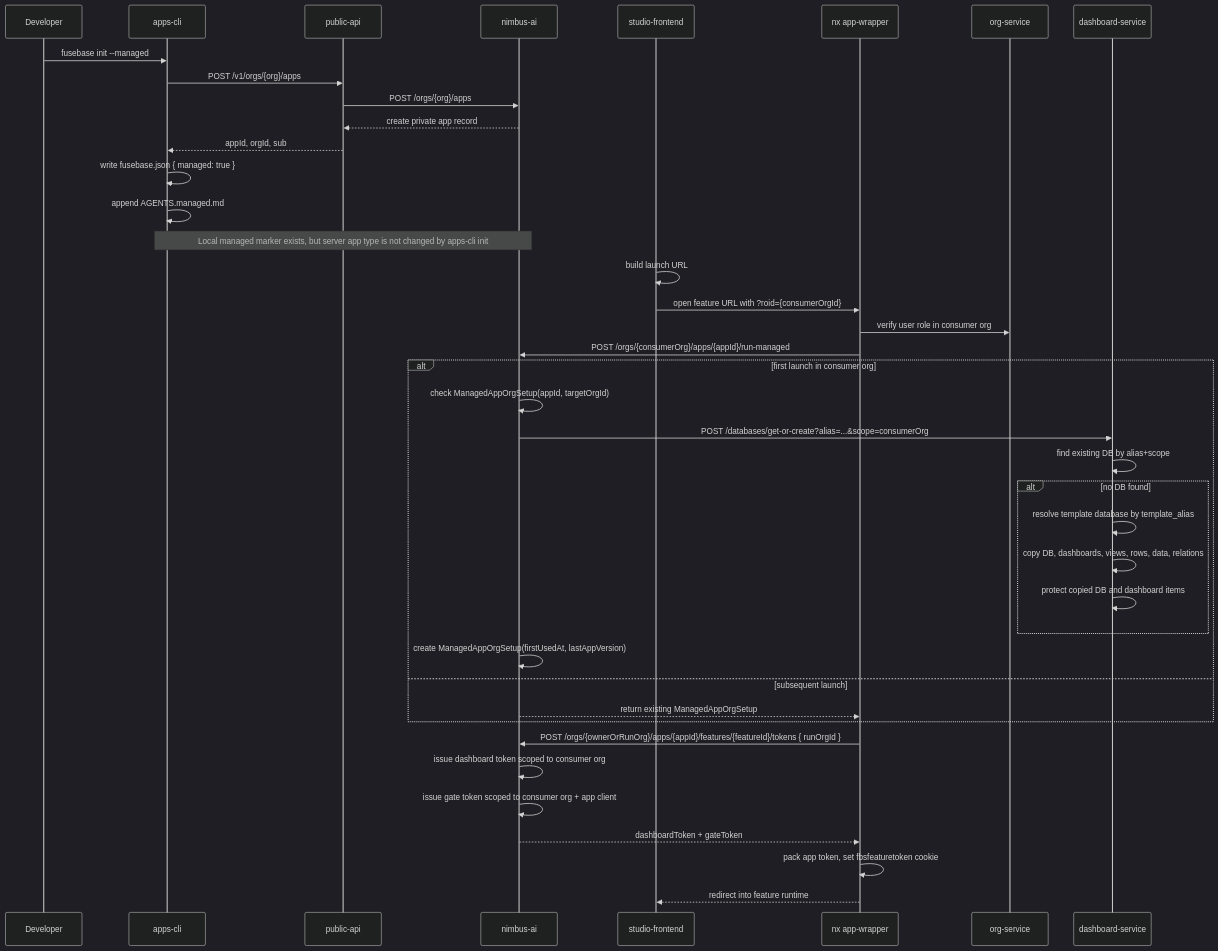
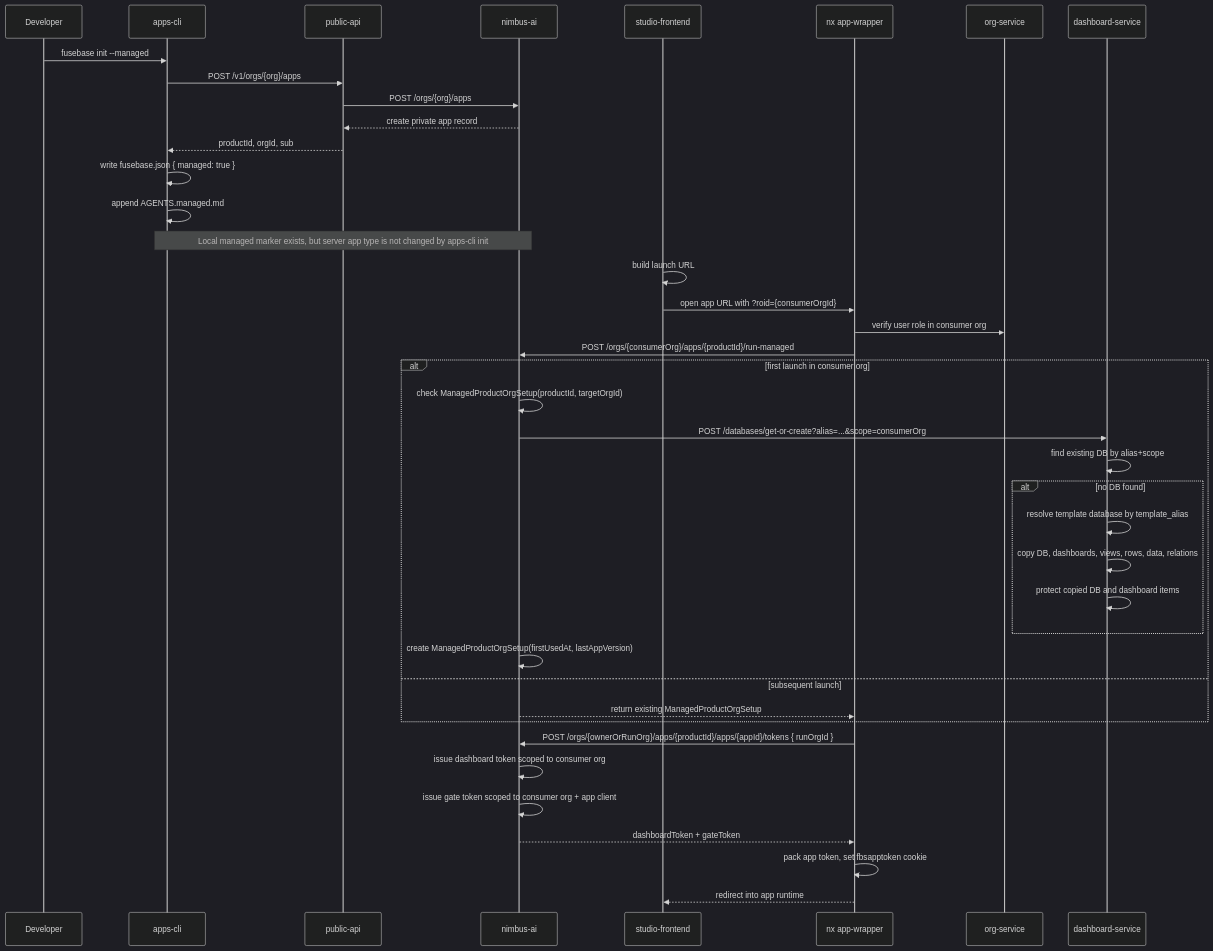
One commit to fusebase-dev/fusebase-cli changed the first of 2 diagrams in docs/managed-apps-flow.md. Above: the diagram before and after it, drawn with Mermaid (dark theme). The commit also changed other lines of this file and 113 other files, not shown here.

Commit message:
NIM-40957: apps-cli — rename apps→products, features→apps

````diff
--- a/docs/managed-apps-flow.md
+++ b/docs/managed-apps-flow.md
@@ -39,47 +39,47 @@
 ```mermaid
 sequenceDiagram
     participant Dev as Developer
     participant CLI as apps-cli
     participant Pub as public-api
     participant NAI as nimbus-ai
     participant Studio as studio-frontend
     participant Wrap as nx app-wrapper
     participant Org as org-service
     participant Dash as dashboard-service
 
     Dev->>CLI: fusebase init --managed
     CLI->>Pub: POST /v1/orgs/{org}/apps
     Pub->>NAI: POST /orgs/{org}/apps
     NAI-->>Pub: create private app record
-    Pub-->>CLI: appId, orgId, sub
+    Pub-->>CLI: productId, orgId, sub
     CLI->>CLI: write fusebase.json { managed: true }
     CLI->>CLI: append AGENTS.managed.md
 
     Note over CLI,NAI: Local managed marker exists, but server app type is not changed by apps-cli init
 
     Studio->>Studio: build launch URL
-    Studio->>Wrap: open feature URL with ?roid={consumerOrgId}
+    Studio->>Wrap: open app URL with ?roid={consumerOrgId}
     Wrap->>Org: verify user role in consumer org
-    Wrap->>NAI: POST /orgs/{consumerOrg}/apps/{appId}/run-managed
+    Wrap->>NAI: POST /orgs/{consumerOrg}/apps/{productId}/run-managed
 
     alt first launch in consumer org
-        NAI->>NAI: check ManagedAppOrgSetup(appId, targetOrgId)
+        NAI->>NAI: check ManagedProductOrgSetup(productId, targetOrgId)
         NAI->>Dash: POST /databases/get-or-create?alias=...&scope=consumerOrg
         Dash->>Dash: find existing DB by alias+scope
         alt no DB found
             Dash->>Dash: resolve template database by template_alias
             Dash->>Dash: copy DB, dashboards, views, rows, data, relations
             Dash->>Dash: protect copied DB and dashboard items
         end
-        NAI->>NAI: create ManagedAppOrgSetup(firstUsedAt, lastAppVersion)
+        NAI->>NAI: create ManagedProductOrgSetup(firstUsedAt, lastAppVersion)
     else subsequent launch
-        NAI-->>Wrap: return existing ManagedAppOrgSetup
+        NAI-->>Wrap: return existing ManagedProductOrgSetup
     end
 
-    Wrap->>NAI: POST /orgs/{ownerOrRunOrg}/apps/{appId}/features/{featureId}/tokens { runOrgId }
+    Wrap->>NAI: POST /orgs/{ownerOrRunOrg}/apps/{productId}/apps/{appId}/tokens { runOrgId }
     NAI->>NAI: issue dashboard token scoped to consumer org
     NAI->>NAI: issue gate token scoped to consumer org + app client
     NAI-->>Wrap: dashboardToken + gateToken
-    Wrap->>Wrap: pack app token, set fbsfeaturetoken cookie
-    Wrap-->>Studio: redirect into feature runtime
+    Wrap->>Wrap: pack app token, set fbsapptoken cookie
+    Wrap-->>Studio: redirect into app runtime
 ```
````
